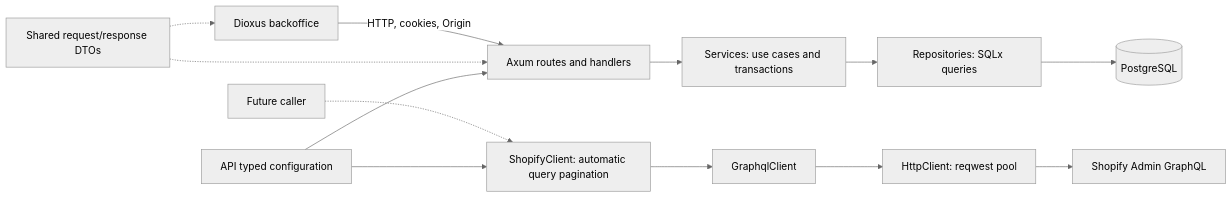
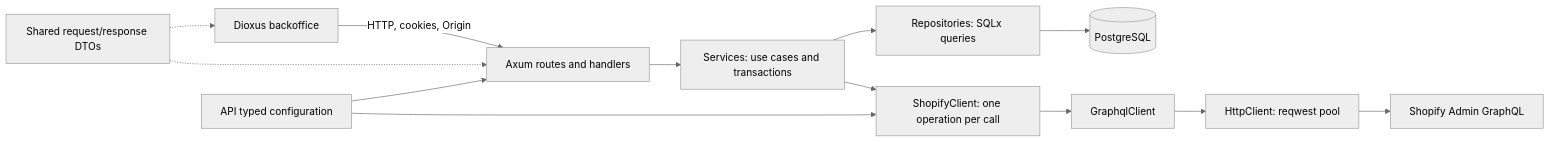
The first of 3 diagrams in docs/architecture.md (enzumeii/monolith), drawn with Mermaid (neutral theme) before and after one commit. The commit also changed other lines of this file and 118 other files, not shown here.

````diff
--- a/docs/architecture.md
+++ b/docs/architecture.md
@@ -7,15 +7,15 @@
 ```mermaid
 flowchart LR
     UI["Dioxus backoffice"] -->|"HTTP, cookies, Origin"| API["Axum routes and handlers"]
     API --> SERVICES["Services: use cases and transactions"]
     SERVICES --> REPO["Repositories: SQLx queries"]
     REPO --> DB[("PostgreSQL")]
     DOMAIN["Shared request/response DTOs"] -.-> UI
     DOMAIN -.-> API
-    CALLER["Future caller"] -.-> SHOPIFY["ShopifyClient: automatic query pagination"]
+    SERVICES --> SHOPIFY["ShopifyClient: one operation per call"]
     SHOPIFY --> GQL["GraphqlClient"]
     GQL --> HTTP["HttpClient: reqwest pool"]
     HTTP --> REMOTE["Shopify Admin GraphQL"]
     CONFIG["API typed configuration"] --> API
     CONFIG --> SHOPIFY
 ```
````
